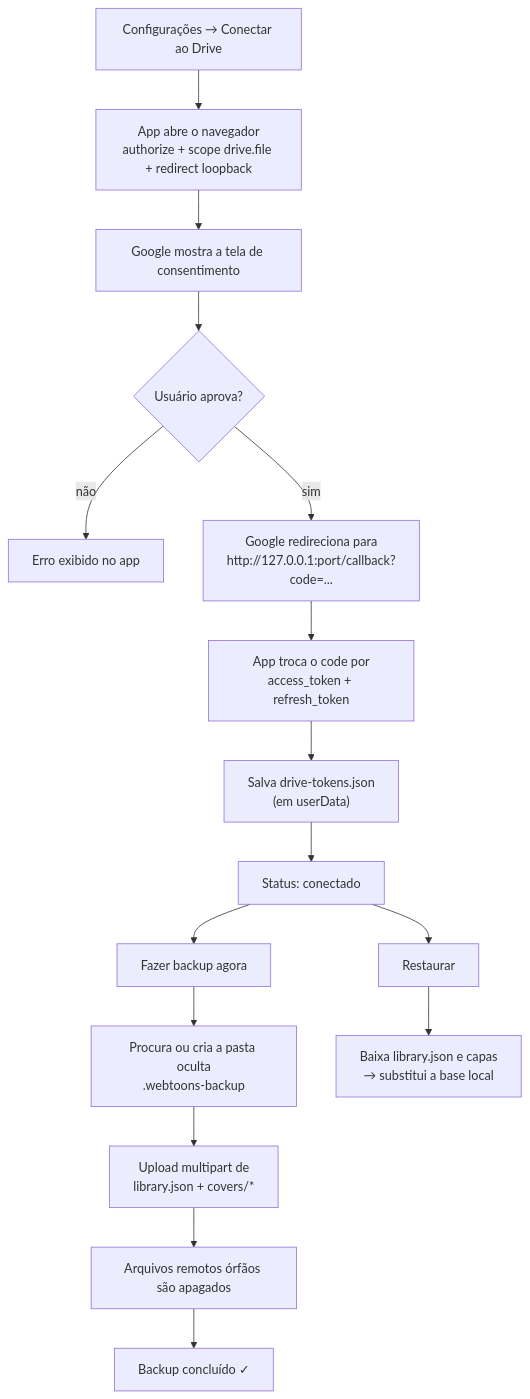
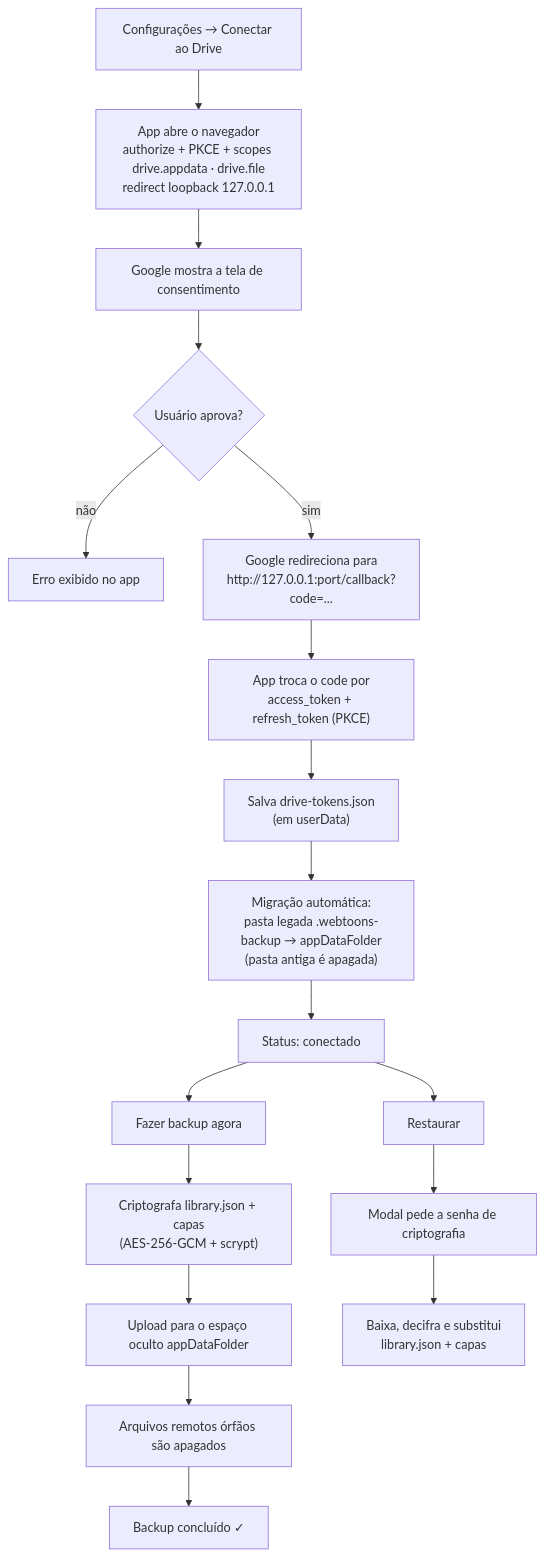
Before and after one commit to chronos-atalante/chronos-biblioteca: the first of 2 diagrams in docs/google-drive.md, drawn with Mermaid. The commit also changed other lines of this file and 29 other files, not shown here.

````diff
--- a/docs/google-drive.md
+++ b/docs/google-drive.md
@@ -14,18 +15,20 @@
 ```mermaid
 flowchart TD
-    A["Configurações → Conectar ao Drive"] --> B["App abre o navegador<br/>authorize + scope drive.file + redirect loopback"]
+    A["Configurações → Conectar ao Drive"] --> B["App abre o navegador<br/>authorize + PKCE + scopes drive.appdata · drive.file<br/>redirect loopback 127.0.0.1"]
     B --> C["Google mostra a tela de consentimento"]
     C --> D{"Usuário aprova?"}
     D -- não --> E["Erro exibido no app"]
     D -- sim --> F["Google redireciona para<br/>http://127.0.0.1:port/callback?code=..."]
-    F --> G["App troca o code por<br/>access_token + refresh_token"]
+    F --> G["App troca o code por<br/>access_token + refresh_token (PKCE)"]
     G --> H["Salva drive-tokens.json<br/>(em userData)"]
-    H --> I["Status: conectado"]
+    H --> MIG["Migração automática:<br/>pasta legada .webtoons-backup → appDataFolder<br/>(pasta antiga é apagada)"]
+    MIG --> I["Status: conectado"]
     I --> J["Fazer backup agora"]
-    J --> K["Procura ou cria a pasta oculta<br/>.webtoons-backup"]
-    K --> L["Upload multipart de<br/>library.json + covers/*"]
-    L --> M["Arquivos remotos órfãos são apagados"]
-    M --> N["Backup concluído ✓"]
-    I --> O["Restaurar"]
-    O --> P["Baixa library.json e capas<br/>→ substitui a base local"]
+    J --> K["Criptografa library.json + capas<br/>(AES-256-GCM + scrypt)"]
+    K --> L["Upload para o espaço oculto appDataFolder"]
+    L --> N["Arquivos remotos órfãos são apagados"]
+    N --> O["Backup concluído ✓"]
+    I --> P["Restaurar"]
+    P --> Q["Modal pede a senha de criptografia"]
+    Q --> R["Baixa, decifra e substitui<br/>library.json + capas"]
 ```
````
